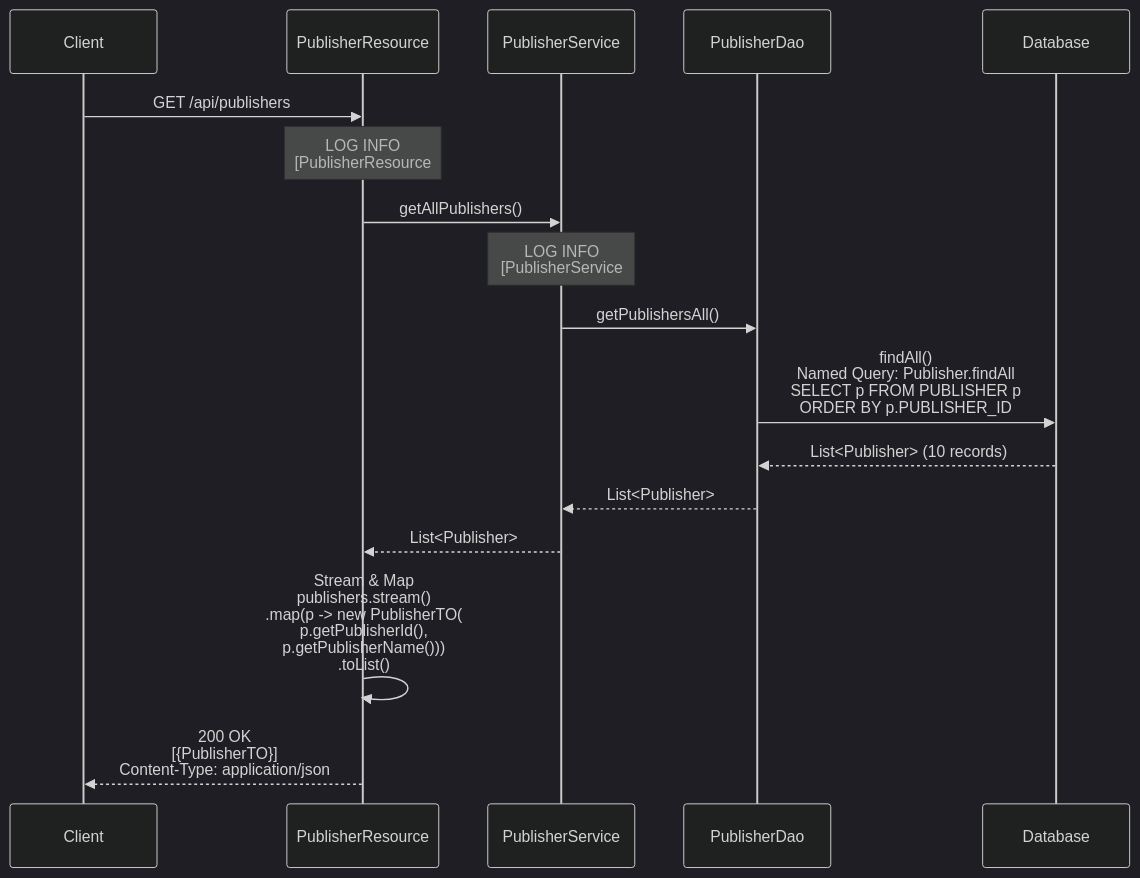
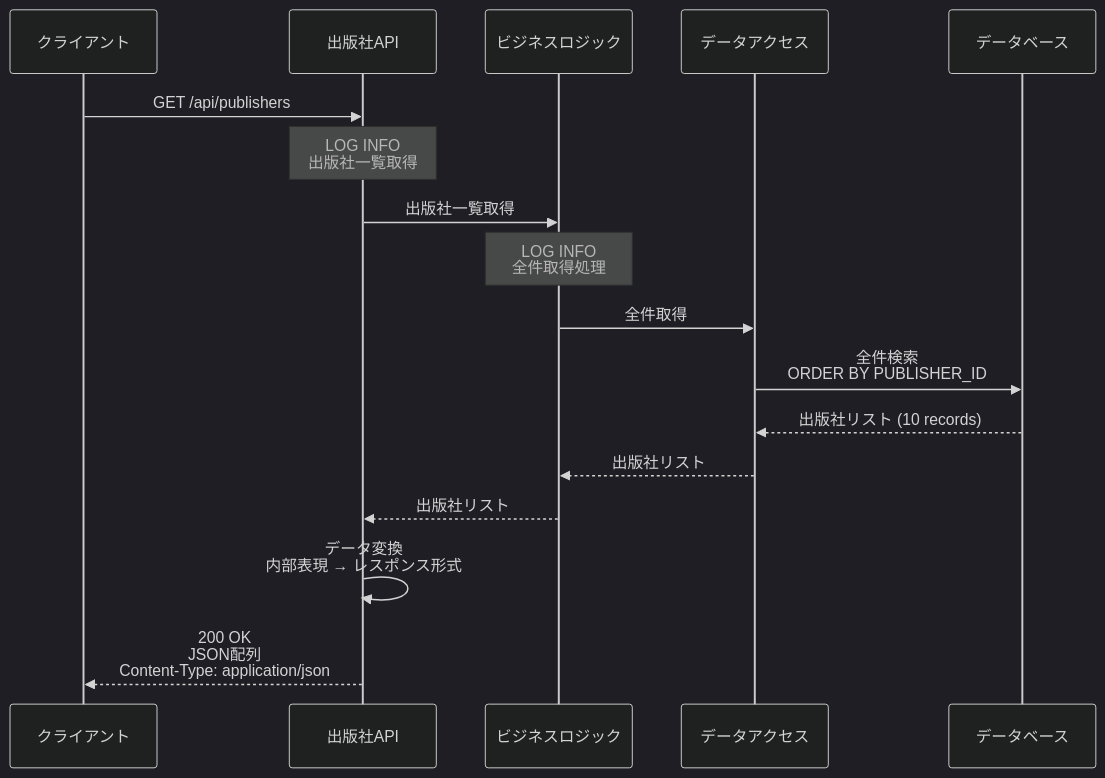
The first of 4 diagrams in projects/sdd/bookstore/back-office-api-sdd/specs/baseline/api/API_004_publishers/functional_design.md (KenyaSaitoh/ai_driven_dev_202601), drawn with Mermaid (dark theme) before and after one commit. The commit also changed other lines of this file and 52 other files, not shown here.

````diff
--- a/projects/sdd/bookstore/back-office-api-sdd/specs/baseline/api/API_004_publishers/functional_design.md
+++ b/projects/sdd/bookstore/back-office-api-sdd/specs/baseline/api/API_004_publishers/functional_design.md
@@ -321,22 +282,22 @@
 ```mermaid
 sequenceDiagram
-    participant Client
-    participant PublisherResource
-    participant PublisherService
-    participant PublisherDao
-    participant Database
+    participant Client as クライアント
+    participant API as 出版社API
+    participant BizLogic as ビジネスロジック
+    participant DataAccess as データアクセス
+    participant Database as データベース
 
-    Client->>PublisherResource: GET /api/publishers
-    Note over PublisherResource: LOG INFO<br/>[PublisherResource#getAllPublishers]
-    PublisherResource->>PublisherService: getAllPublishers()
-    Note over PublisherService: LOG INFO<br/>[PublisherService#getPublishersAll]
-    PublisherService->>PublisherDao: getPublishersAll()
-    PublisherDao->>Database: findAll()<br/>Named Query: Publisher.findAll<br/>SELECT p FROM PUBLISHER p<br/>ORDER BY p.PUBLISHER_ID
-    Database-->>PublisherDao: List<Publisher> (10 records)
-    PublisherDao-->>PublisherService: List<Publisher>
-    PublisherService-->>PublisherResource: List<Publisher>
+    Client->>API: GET /api/publishers
+    Note over API: LOG INFO<br/>出版社一覧取得
+    API->>BizLogic: 出版社一覧取得
+    Note over BizLogic: LOG INFO<br/>全件取得処理
+    BizLogic->>DataAccess: 全件取得
+    DataAccess->>Database: 全件検索<br/>ORDER BY PUBLISHER_ID
+    Database-->>DataAccess: 出版社リスト (10 records)
+    DataAccess-->>BizLogic: 出版社リスト
+    BizLogic-->>API: 出版社リスト
     
-    PublisherResource->>PublisherResource: Stream & Map<br/>publishers.stream()<br/>.map(p -> new PublisherTO(<br/>  p.getPublisherId(),<br/>  p.getPublisherName()))<br/>.toList()
+    API->>API: データ変換<br/>内部表現 → レスポンス形式
     
-    PublisherResource-->>Client: 200 OK<br/>[{PublisherTO}]<br/>Content-Type: application/json
+    API-->>Client: 200 OK<br/>JSON配列<br/>Content-Type: application/json
 ```
````
